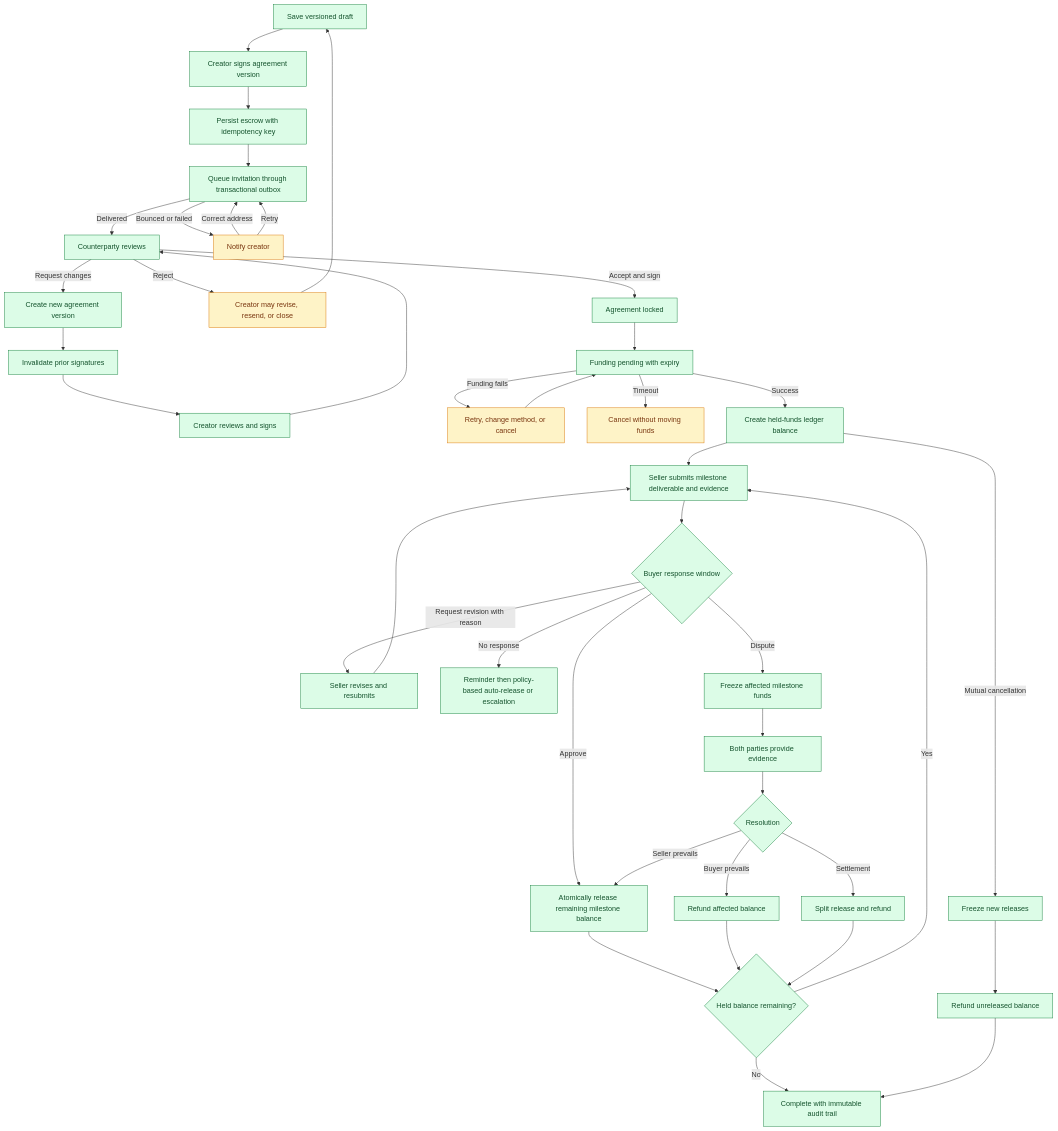
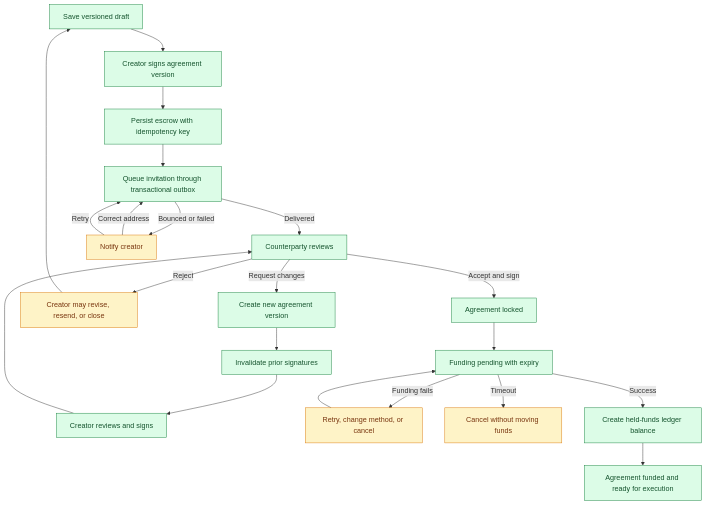
The fifth of 6 diagrams in docs/unhappy-workflow-diagrams.md (StefanGertz/myescrow), drawn with Mermaid before and after one commit. The commit also changed other lines of this file and 2 other files, not shown here.

Commit message:
Refine unhappy workflow diagram PDF

````diff
--- a/docs/unhappy-workflow-diagrams.md
+++ b/docs/unhappy-workflow-diagrams.md
@@ -163,54 +163,31 @@
 ```mermaid
 flowchart TD
     A[Save versioned draft] --> B[Creator signs agreement version]
     B --> C[Persist escrow with idempotency key]
     C --> D[Queue invitation through transactional outbox]
 
     D -->|Delivered| E[Counterparty reviews]
     D -->|Bounced or failed| D1[Notify creator]
     D1 -->|Correct address| D
     D1 -->|Retry| D
 
     E -->|Request changes| F[Create new agreement version]
     F --> G[Invalidate prior signatures]
     G --> H[Creator reviews and signs]
     H --> E
     E -->|Reject| E1[Creator may revise, resend, or close]
     E1 --> A
     E -->|Accept and sign| I[Agreement locked]
 
     I --> J[Funding pending with expiry]
     J -->|Funding fails| J1[Retry, change method, or cancel]
     J1 --> J
     J -->|Timeout| J2[Cancel without moving funds]
     J -->|Success| K[Create held-funds ledger balance]
-
-    K --> L[Seller submits milestone deliverable and evidence]
-    L --> M{Buyer response window}
-    M -->|Approve| N[Atomically release remaining milestone balance]
-    M -->|Request revision with reason| O[Seller revises and resubmits]
-    O --> L
-    M -->|No response| P[Reminder then policy-based auto-release or escalation]
-    M -->|Dispute| Q[Freeze affected milestone funds]
-
-    Q --> R[Both parties provide evidence]
-    R --> S{Resolution}
-    S -->|Seller prevails| N
-    S -->|Buyer prevails| T[Refund affected balance]
-    S -->|Settlement| U[Split release and refund]
-
-    N --> V{Held balance remaining?}
-    T --> V
-    U --> V
-    V -->|Yes| L
-    V -->|No| W[Complete with immutable audit trail]
-
-    K -->|Mutual cancellation| X[Freeze new releases]
-    X --> Y[Refund unreleased balance]
-    Y --> W
+    K --> L[Agreement funded and ready for execution]
 
     classDef safe fill:#dcfce7,stroke:#15803d,color:#14532d;
     classDef warning fill:#fef3c7,stroke:#d97706,color:#78350f;
-    class A,B,C,D,E,F,G,H,I,J,K,L,M,N,O,P,Q,R,S,T,U,V,W,X,Y safe;
+    class A,B,C,D,E,F,G,H,I,J,K,L safe;
     class D1,E1,J1,J2 warning;
 ```
````
